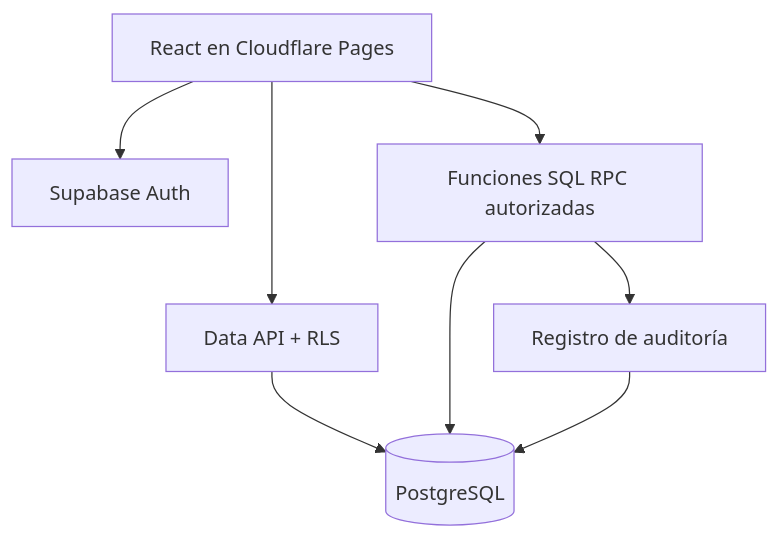
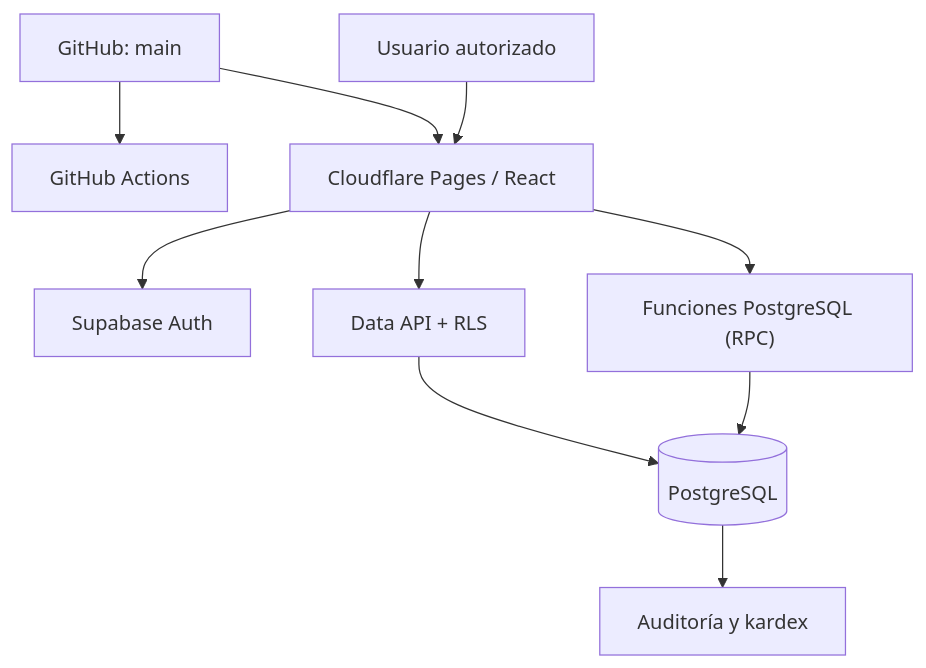
Before and after one commit to MaThUZiB/SGIC-Terneros: the diagram in docs/CLOUD_MIGRATION.md, drawn with Mermaid. The commit also changed other lines of this file and 7 other files, not shown here.

````diff
--- a/docs/CLOUD_MIGRATION.md
+++ b/docs/CLOUD_MIGRATION.md
@@ -14,10 +13,12 @@
 ```mermaid
 flowchart TD
- Browser[React en Cloudflare Pages] --> Auth[Supabase Auth]
- Browser --> Data[Data API + RLS]
- Browser --> RPC[Funciones SQL RPC autorizadas]
- Data --> DB[(PostgreSQL)]
- RPC --> DB
- RPC --> Audit[Registro de auditoría]
- Audit --> DB
+ GH["GitHub: main"] --> CI["GitHub Actions"]
+ GH --> CF["Cloudflare Pages / React"]
+ U["Usuario autorizado"] --> CF
+ CF --> AUTH["Supabase Auth"]
+ CF --> API["Data API + RLS"]
+ CF --> RPC["Funciones PostgreSQL (RPC)"]
+ API --> PG[("PostgreSQL")]
+ RPC --> PG
+ PG --> AU["Auditoría y kardex"]
 ```
````
